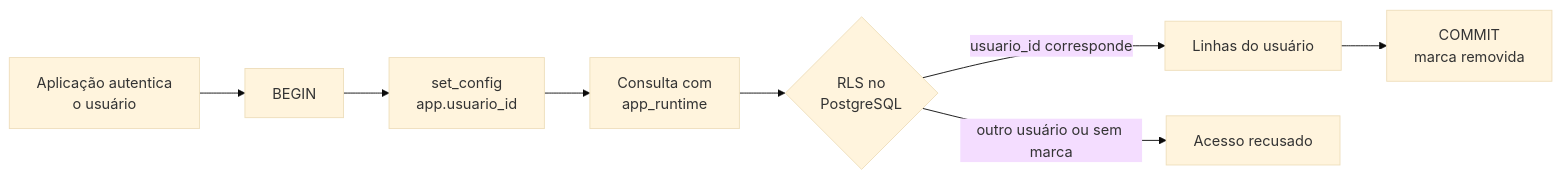
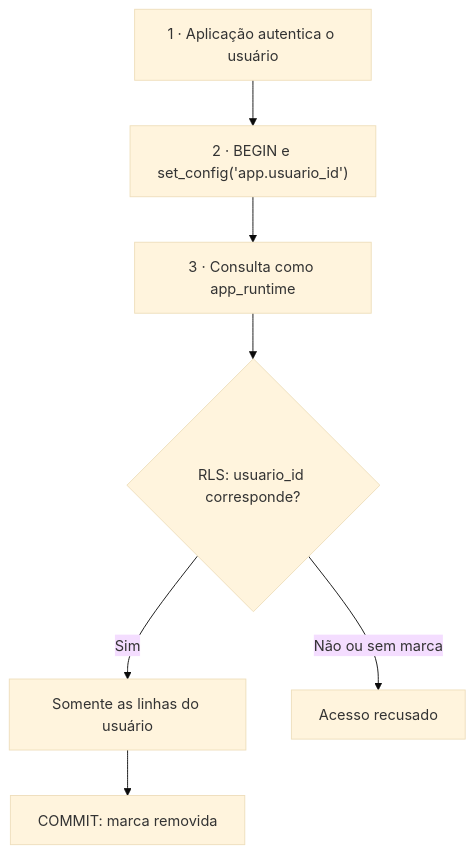
Before and after one commit to Gudoourado/financeiro-rls: the diagram in README.md, drawn with Mermaid (base theme).

Commit message:
Torna diagrama do RLS legível no GitHub

````diff
--- a/README.md
+++ b/README.md
@@ -19,10 +19,9 @@
 ```mermaid
-flowchart LR
-    A[Aplicação autentica<br/>o usuário] --> B[BEGIN]
-    B --> C[set_config<br/>app.usuario_id]
-    C --> D[Consulta com<br/>app_runtime]
-    D --> E{RLS no<br/>PostgreSQL}
-    E -->|usuario_id corresponde| F[Linhas do usuário]
-    E -->|outro usuário ou sem marca| G[Acesso recusado]
-    F --> H[COMMIT<br/>marca removida]
+flowchart TB
+    A["1 · Aplicação autentica o usuário"] --> B["2 · BEGIN e set_config('app.usuario_id')"]
+    B --> C["3 · Consulta como app_runtime"]
+    C --> D{"RLS: usuario_id corresponde?"}
+    D -->|Sim| E["Somente as linhas do usuário"]
+    D -->|Não ou sem marca| F["Acesso recusado"]
+    E --> G["COMMIT: marca removida"]
 ```
````
